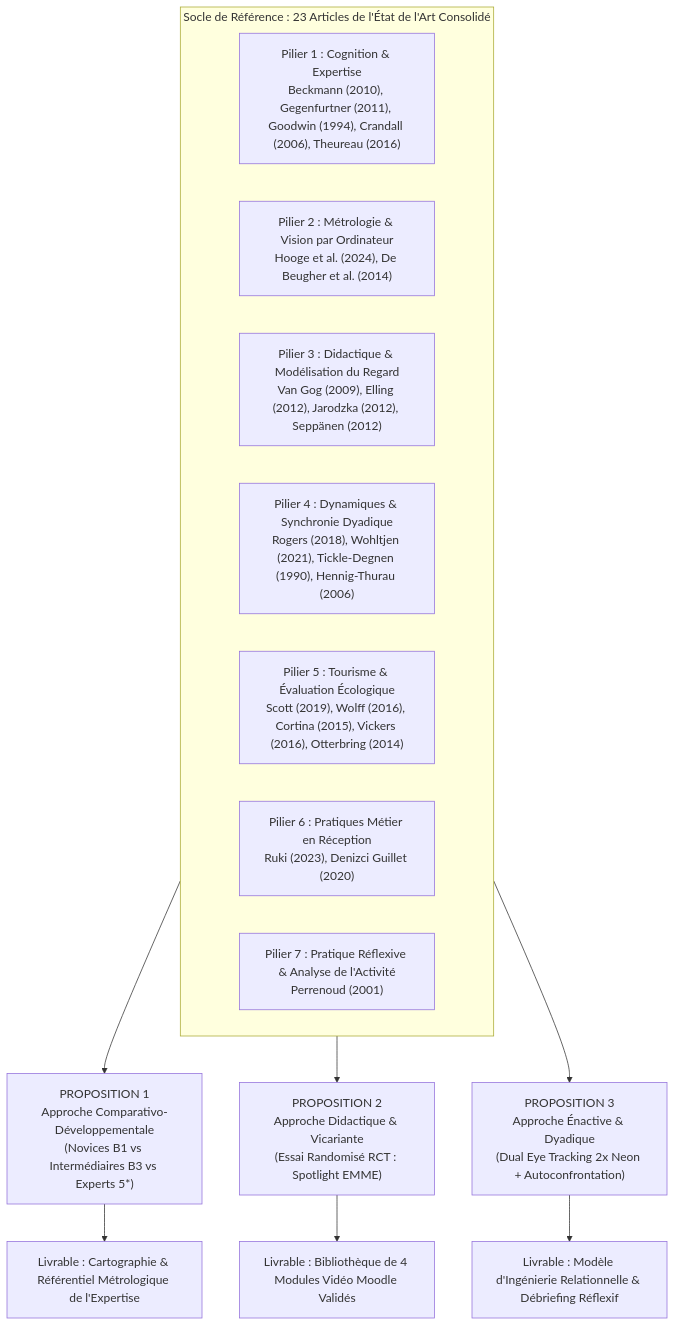
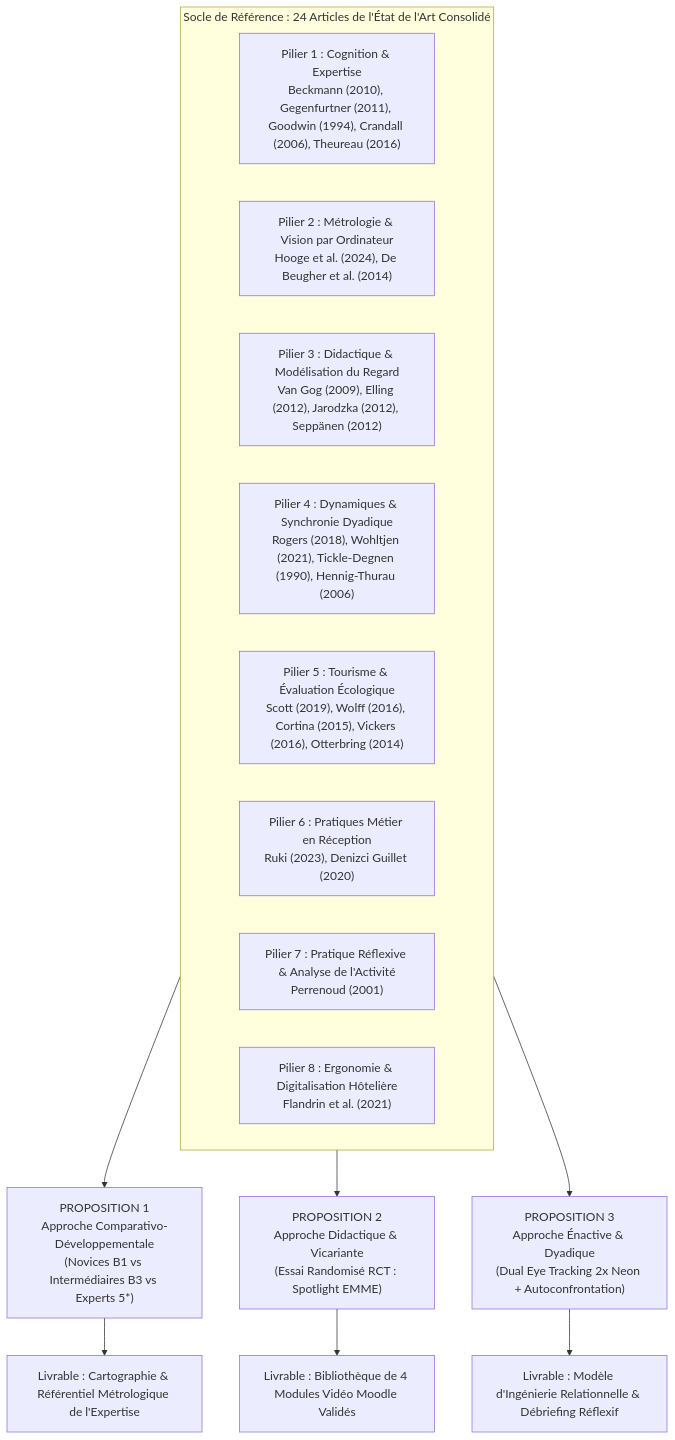
Before and after one commit to jeromefoguenne-eng/Eye-Tracking: the first of 2 diagrams in docs/traite_methodologique_exhaustif_simaccueil.md, drawn with Mermaid. The commit also changed other lines of this file and 6 other files, not shown here.

Commit message:
docs: integration de la reference 27 (Flandrin et al., 2021) dans l'etat de l'art et SIMACCUEIL

````diff
--- a/docs/traite_methodologique_exhaustif_simaccueil.md
+++ b/docs/traite_methodologique_exhaustif_simaccueil.md
@@ -46,20 +46,21 @@
 ```mermaid
 flowchart TD
-    subgraph SOTA ["Socle de Référence : 23 Articles de l'État de l'Art Consolidé"]
+    subgraph SOTA ["Socle de Référence : 24 Articles de l'État de l'Art Consolidé"]
         P1["Pilier 1 : Cognition & Expertise<br/>Beckmann (2010), Gegenfurtner (2011), Goodwin (1994), Crandall (2006), Theureau (2016)"]
         P2["Pilier 2 : Métrologie & Vision par Ordinateur<br/>Hooge et al. (2024), De Beugher et al. (2014)"]
         P3["Pilier 3 : Didactique & Modélisation du Regard<br/>Van Gog (2009), Elling (2012), Jarodzka (2012), Seppänen (2012)"]
         P4["Pilier 4 : Dynamiques & Synchronie Dyadique<br/>Rogers (2018), Wohltjen (2021), Tickle-Degnen (1990), Hennig-Thurau (2006)"]
         P5["Pilier 5 : Tourisme & Évaluation Écologique<br/>Scott (2019), Wolff (2016), Cortina (2015), Vickers (2016), Otterbring (2014)"]
         P6["Pilier 6 : Pratiques Métier en Réception<br/>Ruki (2023), Denizci Guillet (2020)"]
         P7["Pilier 7 : Pratique Réflexive & Analyse de l'Activité<br/>Perrenoud (2001)"]
+        P8["Pilier 8 : Ergonomie & Digitalisation Hôtelière<br/>Flandrin et al. (2021)"]
     end
 
     SOTA --> M1["PROPOSITION 1<br/>Approche Comparativo-Développementale<br/>(Novices B1 vs Intermédiaires B3 vs Experts 5*)"]
     SOTA --> M2["PROPOSITION 2<br/>Approche Didactique & Vicariante<br/>(Essai Randomisé RCT : Spotlight EMME)"]
     SOTA --> M3["PROPOSITION 3<br/>Approche Énactive & Dyadique<br/>(Dual Eye Tracking 2x Neon + Autoconfrontation)"]
 
     M1 --> LIV1["Livrable : Cartographie & Référentiel Métrologique de l'Expertise"]
     M2 --> LIV2["Livrable : Bibliothèque de 4 Modules Vidéo Moodle Validés"]
     M3 --> LIV3["Livrable : Modèle d'Ingénierie Relationnelle & Débriefing Réflexif"]
 ```
````
